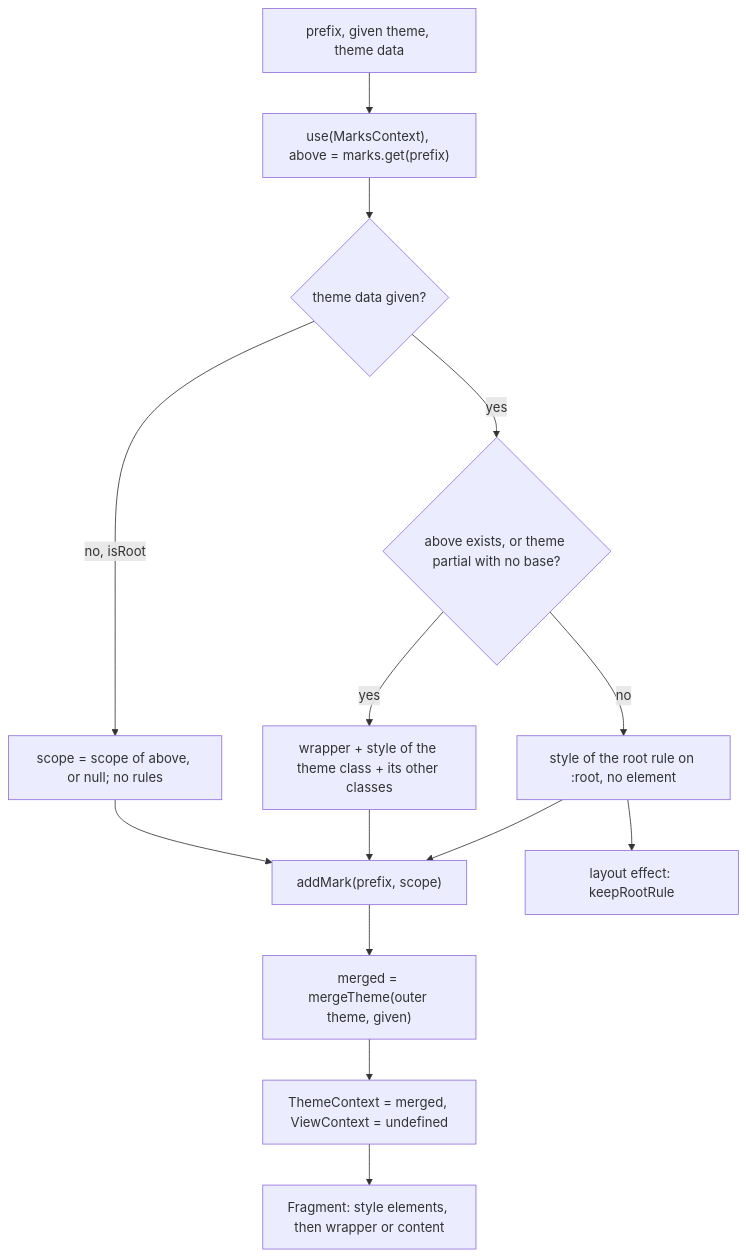
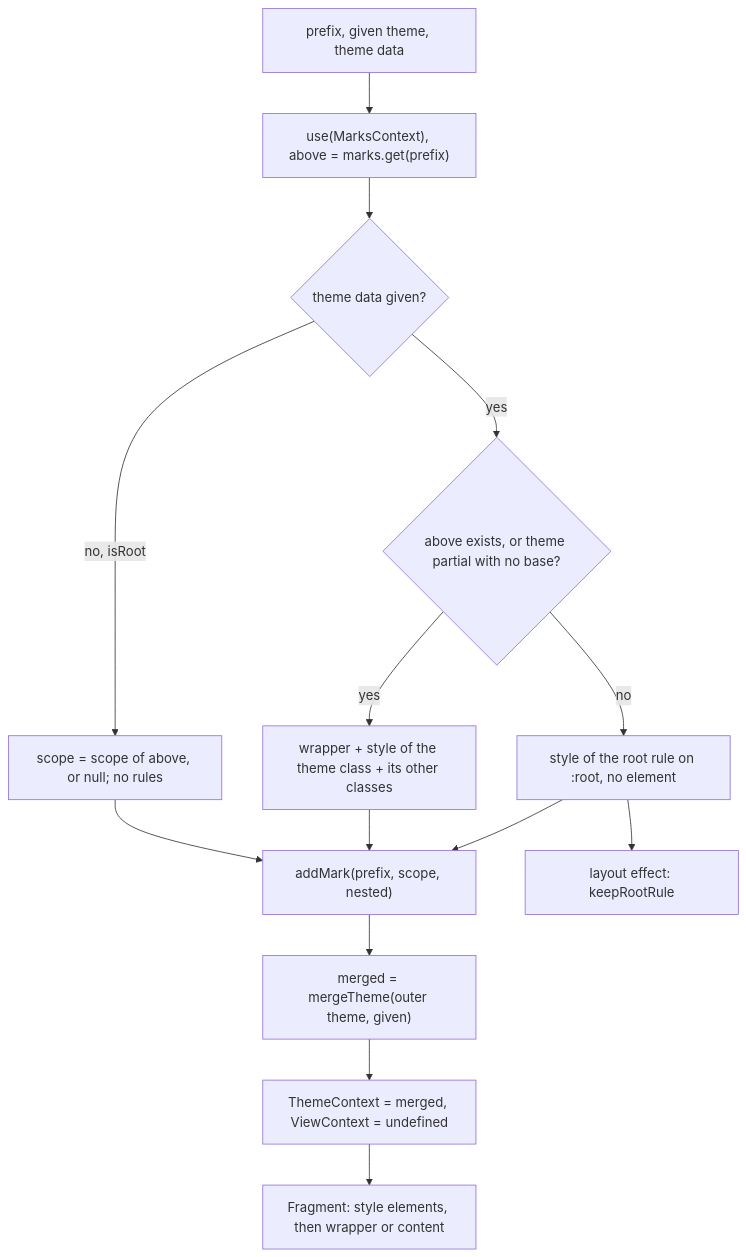
Before and after one commit to soroush-tech/umber-style: the diagram in packages/react/src/ProviderScope.md, drawn with Mermaid. The commit also changed other lines of this file and 85 other files, not shown here.

````diff
--- a/packages/react/src/ProviderScope.md
+++ b/packages/react/src/ProviderScope.md
@@ -24,16 +24,16 @@
 ```mermaid
 flowchart TD
   props["prefix, given theme, theme data"] --> marks["use(MarksContext), above = marks.get(prefix)"]
   marks --> hasTheme{"theme data given?"}
   hasTheme -->|no, isRoot| passScope["scope = scope of above, or null; no rules"]
   hasTheme -->|yes| nested{"above exists, or theme partial with no base?"}
   nested -->|yes| nestedOut["wrapper + style of the theme class + its other classes"]
   nested -->|no| rootOut["style of the root rule on :root, no element"]
-  nestedOut --> mark["addMark(prefix, scope)"]
+  nestedOut --> mark["addMark(prefix, scope, nested)"]
   rootOut --> mark
   passScope --> mark
   mark --> merge["merged = mergeTheme(outer theme, given)"]
   merge --> ctx["ThemeContext = merged, ViewContext = undefined"]
   rootOut --> keep["layout effect: keepRootRule"]
   ctx --> out["Fragment: style elements, then wrapper or content"]
 ```
````
